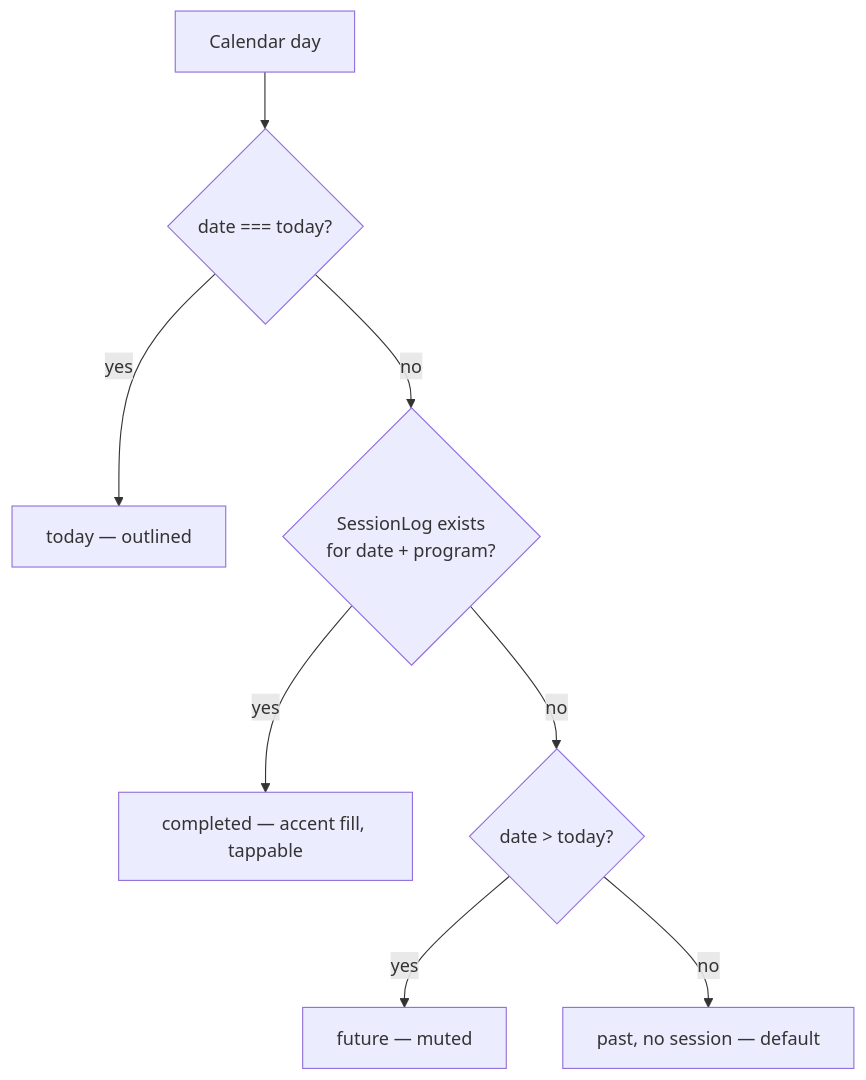
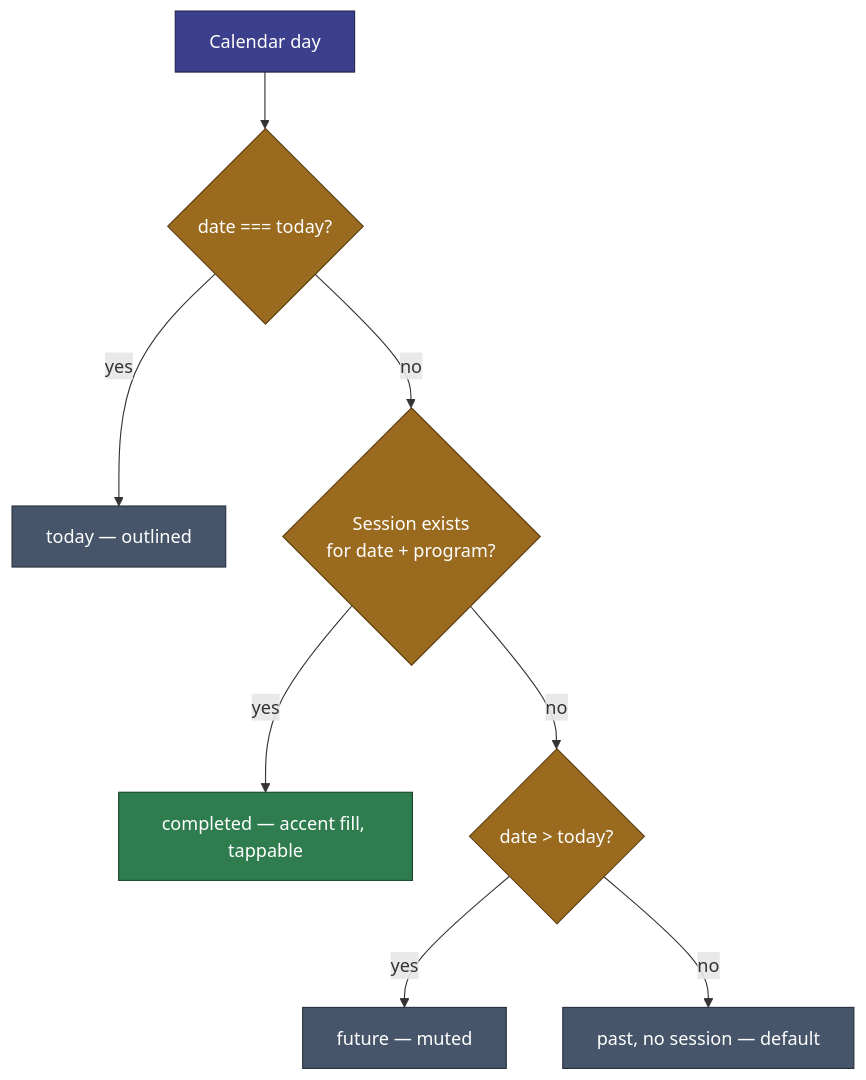
The first of 2 diagrams in docs/requirements/history-calendar.md (jermbo/CosmicWorkOut), drawn with Mermaid before and after one commit. The commit also changed other lines of this file and 132 other files, not shown here.

````diff
--- a/docs/requirements/history-calendar.md
+++ b/docs/requirements/history-calendar.md
@@ -34,10 +36,19 @@
 ```mermaid
 flowchart TD
     Day[Calendar day] --> Today{date === today?}
     Today -->|yes| StatusToday[today — outlined]
-    Today -->|no| HasSession{SessionLog exists<br/>for date + program?}
+    Today -->|no| HasSession{Session exists<br/>for date + program?}
     HasSession -->|yes| StatusDone[completed — accent fill, tappable]
     HasSession -->|no| Future{date > today?}
     Future -->|yes| StatusFuture[future — muted]
     Future -->|no| StatusDefault[past, no session — default]
+
+    classDef start fill:#3b3f8c,stroke:#23264f,color:#ffffff;
+    classDef decision fill:#9a6a1f,stroke:#5c3f12,color:#ffffff;
+    classDef done fill:#2f7d4f,stroke:#1a472d,color:#ffffff;
+    classDef muted fill:#465569,stroke:#28313e,color:#ffffff;
+    class Day start;
+    class Today,HasSession,Future decision;
+    class StatusDone done;
+    class StatusToday,StatusFuture,StatusDefault muted;
 ```
````
